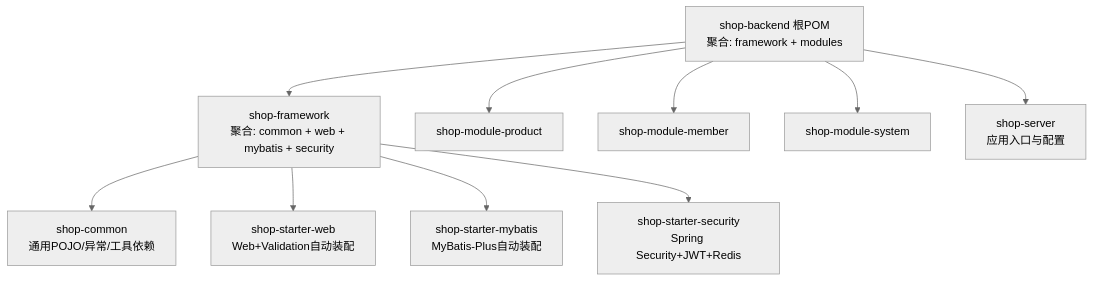
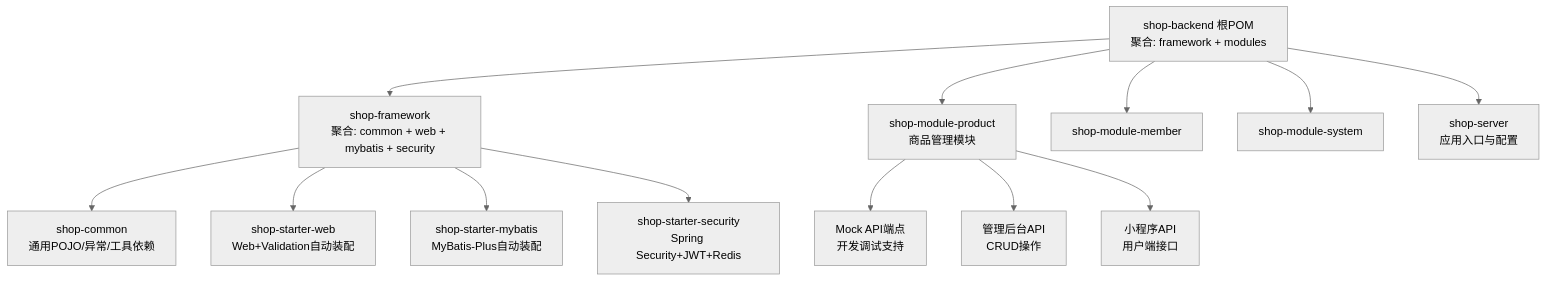
One commit to QtImM/wechatMiniprogram_Store changed the first of 13 diagrams in .qoder/repowiki/zh/content/后端架构设计/后端架构设计.md. Above: the diagram before and after it, drawn with Mermaid (neutral theme). The commit also changed other lines of this file and 109 other files, not shown here.

````diff
--- a/.qoder/repowiki/zh/content/后端架构设计/后端架构设计.md
+++ b/.qoder/repowiki/zh/content/后端架构设计/后端架构设计.md
@@ -43,12 +65,15 @@
 ```mermaid
 graph TB
 root["shop-backend 根POM<br/>聚合: framework + modules"] --> fw["shop-framework<br/>聚合: common + web + mybatis + security"]
 fw --> mod_common["shop-common<br/>通用POJO/异常/工具依赖"]
 fw --> mod_web["shop-starter-web<br/>Web+Validation自动装配"]
 fw --> mod_myb["shop-starter-mybatis<br/>MyBatis-Plus自动装配"]
 fw --> mod_sec["shop-starter-security<br/>Spring Security+JWT+Redis"]
-root --> mod_prod["shop-module-product"]
+root --> mod_prod["shop-module-product<br/>商品管理模块"]
 root --> mod_member["shop-module-member"]
 root --> mod_system["shop-module-system"]
 root --> server["shop-server<br/>应用入口与配置"]
+mod_prod --> mock["Mock API端点<br/>开发调试支持"]
+mod_prod --> admin["管理后台API<br/>CRUD操作"]
+mod_prod --> app["小程序API<br/>用户端接口"]
 ```
````
